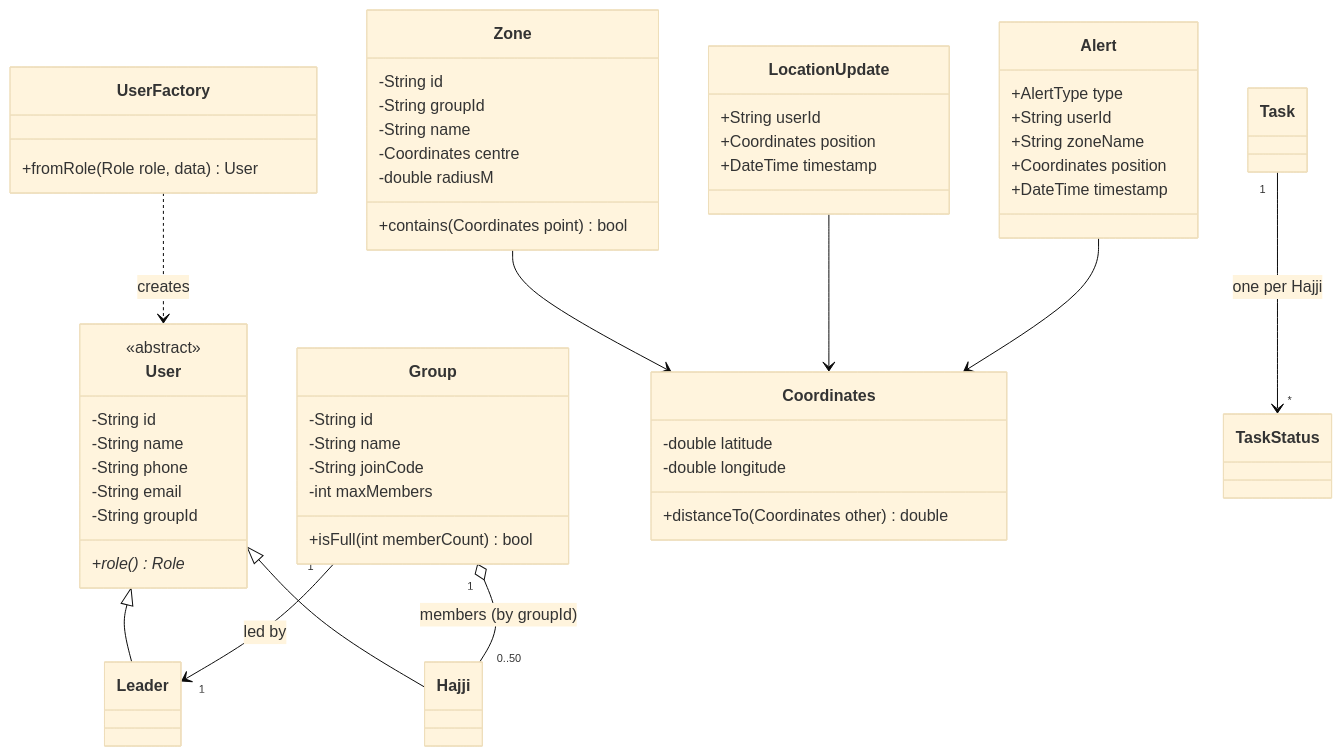
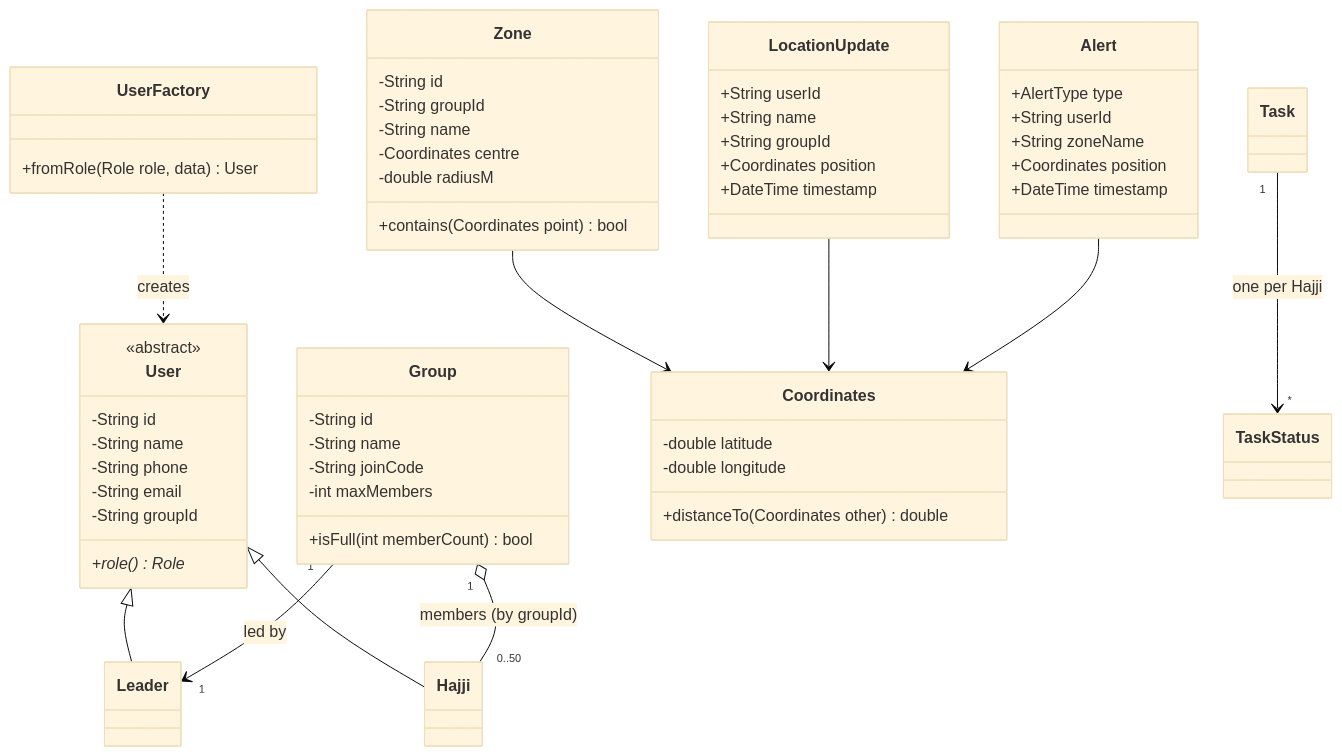
One commit to sazzad1620/hajjmate changed the diagram in docs/TRD.md. Above: the diagram before and after it, drawn with Mermaid (base theme). The commit also changed other lines of this file and 8 other files, not shown here.

````diff
--- a/docs/TRD.md
+++ b/docs/TRD.md
@@ -107,61 +108,63 @@
 ```mermaid
 classDiagram
     class User {
         <<abstract>>
         -String id
         -String name
         -String phone
         -String email
         -String groupId
         +role() Role*
     }
     class Leader
     class Hajji
     class UserFactory {
         +fromRole(Role role, data) User
     }
     class Group {
         -String id
         -String name
         -String joinCode
         -int maxMembers
         +isFull(int memberCount) bool
     }
     class Coordinates {
         -double latitude
         -double longitude
         +distanceTo(Coordinates other) double
     }
     class Zone {
         -String id
         -String groupId
         -String name
         -Coordinates centre
         -double radiusM
         +contains(Coordinates point) bool
     }
     class LocationUpdate {
         +String userId
+        +String name
+        +String groupId
         +Coordinates position
         +DateTime timestamp
     }
     class Alert {
         +AlertType type
         +String userId
         +String zoneName
         +Coordinates position
         +DateTime timestamp
     }
     class Task
     class TaskStatus
 
     User <|-- Leader
     User <|-- Hajji
     UserFactory ..> User : creates
     Group "1" o-- "0..50" Hajji : members (by groupId)
     Group "1" --> "1" Leader : led by
     Zone --> Coordinates
     LocationUpdate --> Coordinates
     Alert --> Coordinates
     Task "1" --> "*" TaskStatus : one per Hajji
 ```
````
